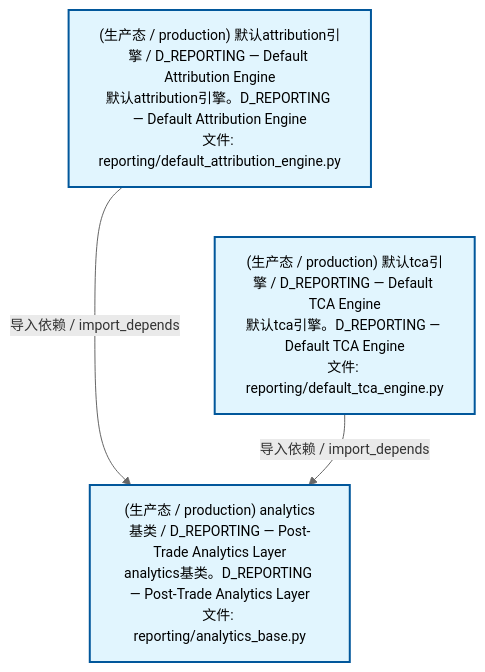
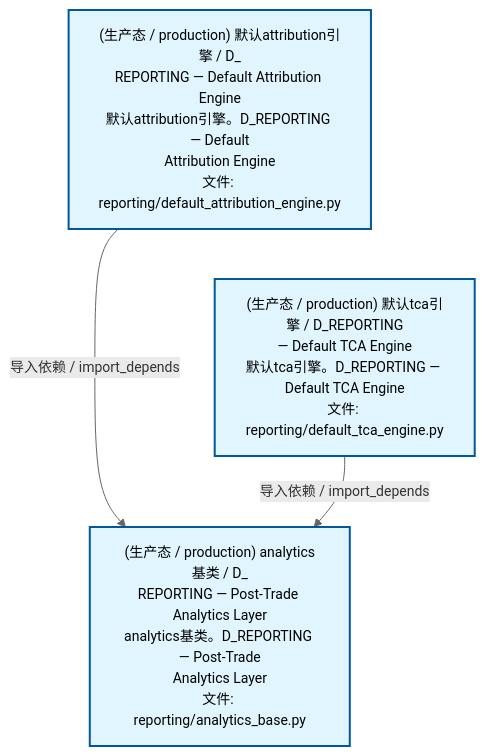
One commit to xuanFelixVan/ZephyrAlpha changed the second of 4 diagrams in docs/02_enterprise_architecture/02_domain_architecture_docs/26_d_reporting.md. Above: the diagram before and after it, drawn with Mermaid. The commit also changed other lines of this file and 61 other files, not shown here.

````diff
--- a/docs/02_enterprise_architecture/02_domain_architecture_docs/26_d_reporting.md
+++ b/docs/02_enterprise_architecture/02_domain_architecture_docs/26_d_reporting.md
@@ -117,15 +117,15 @@
 ```mermaid
 %%{init: {'theme': 'base', 'themeVariables': {'primaryColor': '#eaeaea', 'primaryTextColor': '#333333', 'primaryBorderColor': '#666666', 'lineColor': '#666666', 'secondaryColor': '#eaeaea', 'tertiaryColor': '#eaeaea', 'fontSize': '14px'}}}%%
 flowchart TD
-    src_zephyr_reporting_default_attribution_engine_py["(生产态 / production) 默认attribution引擎 / D_REPORTING — Default Attribution Engine<br/>默认attribution引擎。D_REPORTING — Default Attribution Engine<br/>文件: reporting/default_attribution_engine.py"]
-    src_zephyr_reporting_default_tca_engine_py["(生产态 / production) 默认tca引擎 / D_REPORTING — Default TCA Engine<br/>默认tca引擎。D_REPORTING — Default TCA Engine<br/>文件: reporting/default_tca_engine.py"]
+    src_zephyr_reporting_default_attribution_engine_py["(生产态 / production) 默认attribution引擎 / D_<br/>REPORTING — Default Attribution Engine<br/>默认attribution引擎。D_REPORTING — Default<br/>Attribution Engine<br/>文件: reporting/default_attribution_engine.py"]
+    src_zephyr_reporting_default_tca_engine_py["(生产态 / production) 默认tca引擎 / D_REPORTING<br/>— Default TCA Engine<br/>默认tca引擎。D_REPORTING — Default TCA Engine<br/>文件: reporting/default_tca_engine.py"]
     src_zephyr_reporting_default_attribution_engine_py ~~~ src_zephyr_reporting_default_tca_engine_py
-    src_zephyr_reporting_analytics_base_py["(生产态 / production) analytics基类 / D_REPORTING — Post-Trade Analytics Layer<br/>analytics基类。D_REPORTING — Post-Trade Analytics Layer<br/>文件: reporting/analytics_base.py"]
+    src_zephyr_reporting_analytics_base_py["(生产态 / production) analytics基类 / D_<br/>REPORTING — Post-Trade Analytics Layer<br/>analytics基类。D_REPORTING — Post-Trade<br/>Analytics Layer<br/>文件: reporting/analytics_base.py"]
     src_zephyr_reporting_default_attribution_engine_py -->|导入依赖 / import_depends| src_zephyr_reporting_analytics_base_py
     src_zephyr_reporting_default_tca_engine_py -->|导入依赖 / import_depends| src_zephyr_reporting_analytics_base_py
     classDef production fill:#e1f5fe,stroke:#01579b,stroke-width:2px,color:#000
     classDef design fill:#fff3e0,stroke:#e65100,stroke-width:2px,color:#000,stroke-dasharray: 5 5
     classDef external_prod fill:#e8f4fd,stroke:#0277bd,stroke-width:1px,color:#000
     classDef external_design fill:#fff8e7,stroke:#ef6c00,stroke-width:1px,color:#000,stroke-dasharray: 5 5
     class src_zephyr_reporting_analytics_base_py,src_zephyr_reporting_default_attribution_engine_py,src_zephyr_reporting_default_tca_engine_py production
 ```
````
